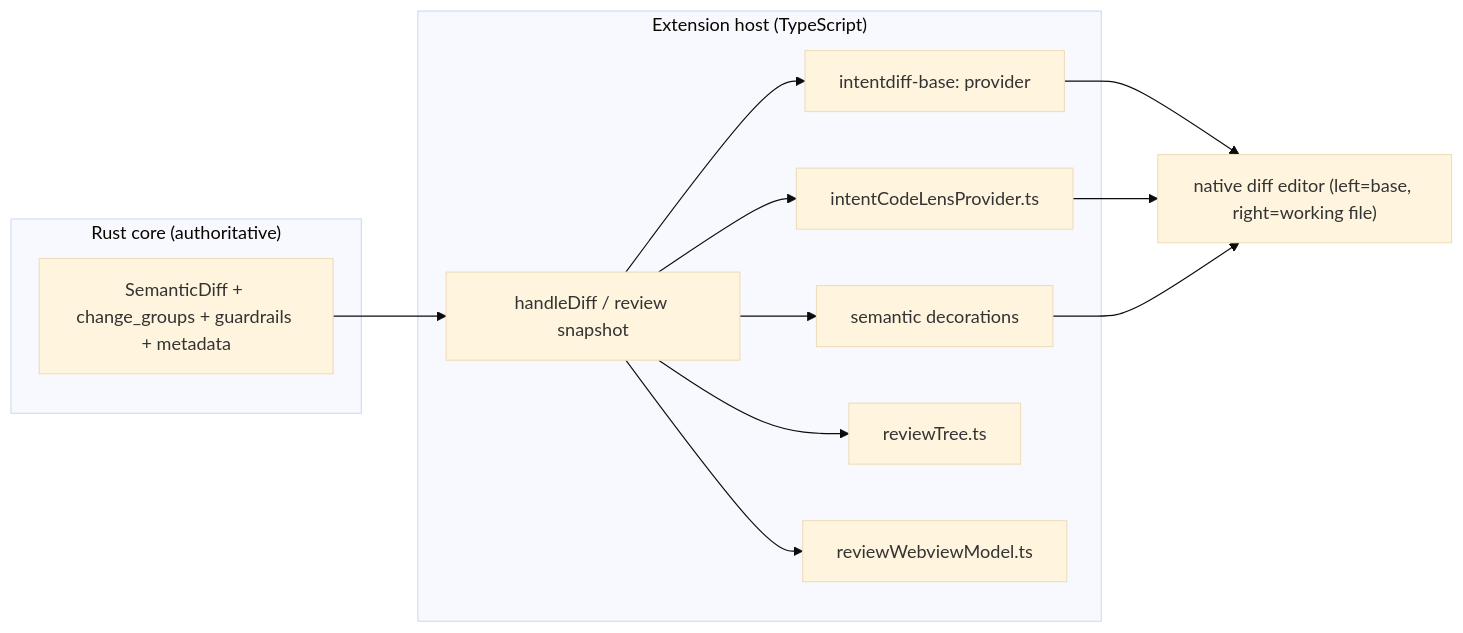
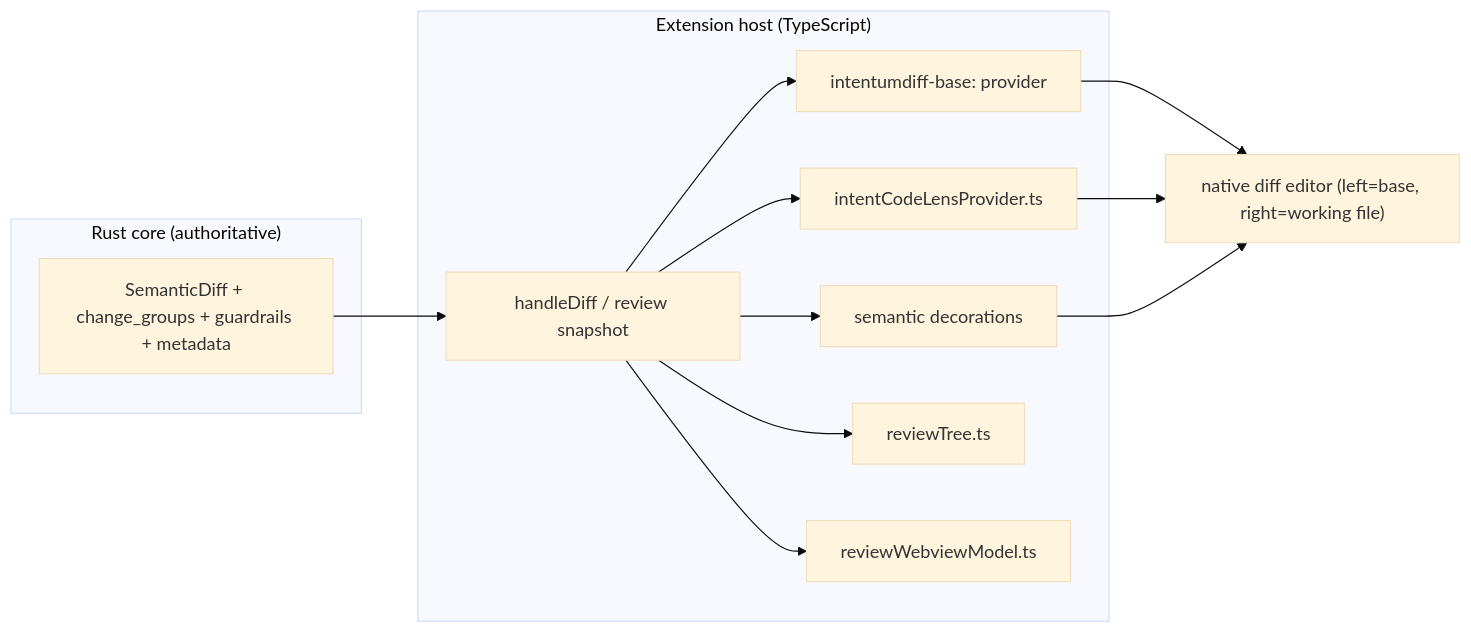
One commit to buchochelliq-labs/intentdiff-vscode changed the diagram in docs/architecture/diff-viewer.md. Above: the diagram before and after it, drawn with Mermaid (base theme). The commit also changed other lines of this file and 101 other files, not shown here.

````diff
--- a/docs/architecture/diff-viewer.md
+++ b/docs/architecture/diff-viewer.md
@@ -57,23 +57,23 @@
 ```mermaid
 flowchart LR
   subgraph Engine["Rust core (authoritative)"]
     R[SemanticDiff + change_groups + guardrails + metadata]
   end
   subgraph Host["Extension host (TypeScript)"]
     H[handleDiff / review snapshot]
-    B[intentdiff-base: provider]
+    B[intentumdiff-base: provider]
     CL[intentCodeLensProvider.ts]
     DEC[semantic decorations]
     TREE[reviewTree.ts]
     PANEL[reviewWebviewModel.ts]
   end
   R --> H
   H --> B
   H --> CL
   H --> DEC
   H --> TREE
   H --> PANEL
   B --> ND["native diff editor (left=base, right=working file)"]
   CL --> ND
   DEC --> ND
 ```
````
